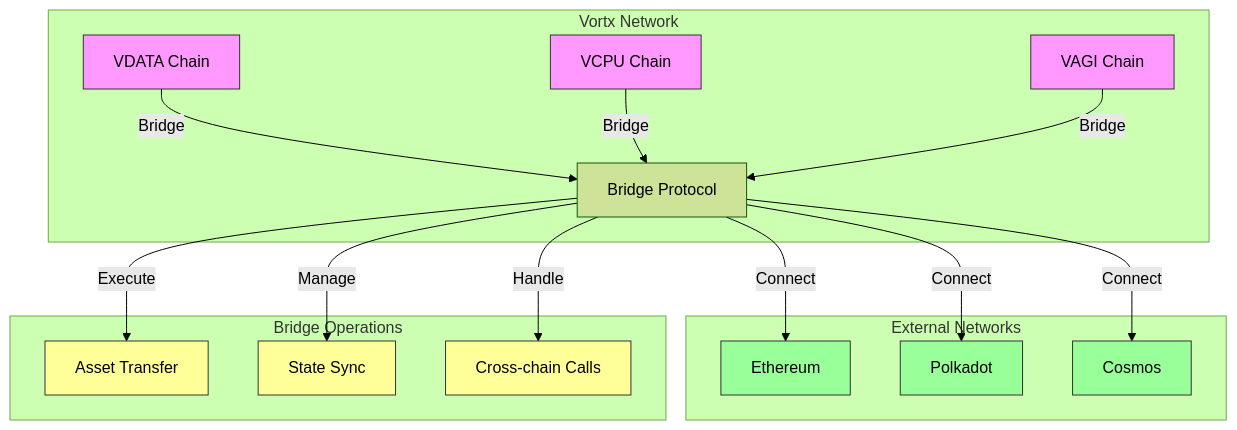
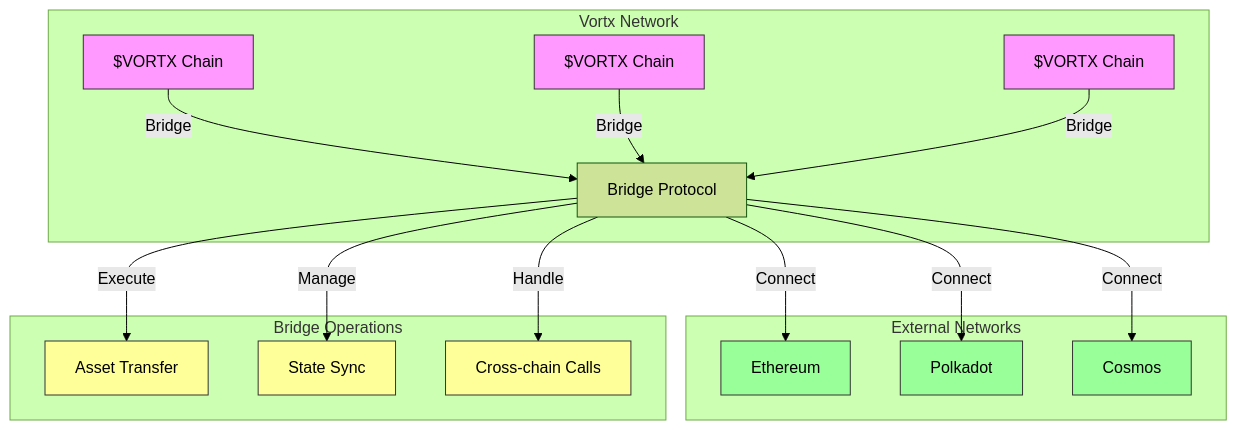
Before and after one commit to Vortx-AI/synthetic-satellite: diagram 20 of 36 in docs/whitepapers/README.md, drawn with Mermaid (forest theme). The commit also changed other lines of this file and 1 other file, not shown here.

````diff
--- a/docs/whitepapers/README.md
+++ b/docs/whitepapers/README.md
@@ -882,28 +882,28 @@
 ```mermaid
 graph TD
     subgraph Vortx Network
-        V1[VDATA Chain] -->|Bridge| B1[Bridge Protocol]
-        V2[VCPU Chain] -->|Bridge| B1
-        V3[VAGI Chain] -->|Bridge| B1
+        V1[$VORTX Chain] -->|Bridge| B1[Bridge Protocol]
+        V2[$VORTX Chain] -->|Bridge| B1
+        V3[$VORTX Chain] -->|Bridge| B1
     end
     
     subgraph External Networks
         B1 -->|Connect| E1[Ethereum]
         B1 -->|Connect| E2[Polkadot]
         B1 -->|Connect| E3[Cosmos]
     end
     
     subgraph Bridge Operations
         B1 -->|Execute| O1[Asset Transfer]
         B1 -->|Manage| O2[State Sync]
         B1 -->|Handle| O3[Cross-chain Calls]
     end
     
     classDef vortx fill:#f9f,stroke:#333
     classDef external fill:#9f9,stroke:#333
     classDef bridge fill:#ff9,stroke:#333
     
     class V1,V2,V3 vortx
     class E1,E2,E3 external
     class O1,O2,O3 bridge
 ```
````
